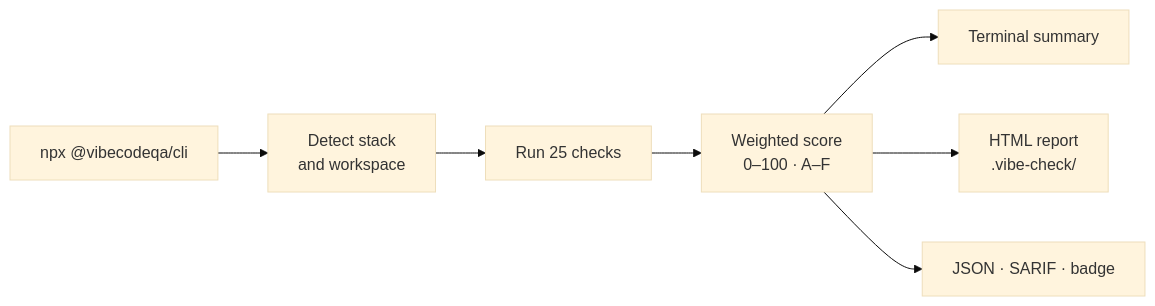
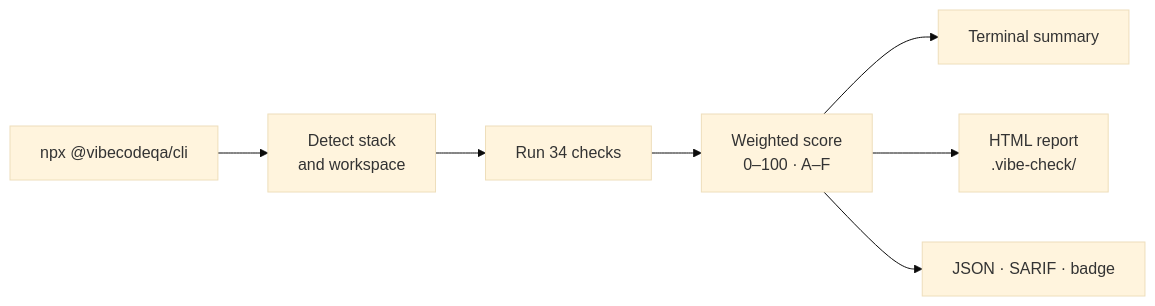
The diagram in docs/docs/index.md (vibecodeqa/vibecodeqa), drawn with Mermaid (base theme) before and after one commit. The commit also changed other lines of this file and 13 other files, not shown here.

````diff
--- a/docs/docs/index.md
+++ b/docs/docs/index.md
@@ -39,9 +39,9 @@
 ```mermaid
 flowchart LR
   A[npx @vibecodeqa/cli] --> B[Detect stack<br/>and workspace]
-  B --> C[Run 25 checks]
+  B --> C[Run 34 checks]
   C --> D[Weighted score<br/>0–100 · A–F]
   D --> E[Terminal summary]
   D --> F[HTML report<br/>.vibe-check/]
   D --> G[JSON · SARIF · badge]
 ```
````
